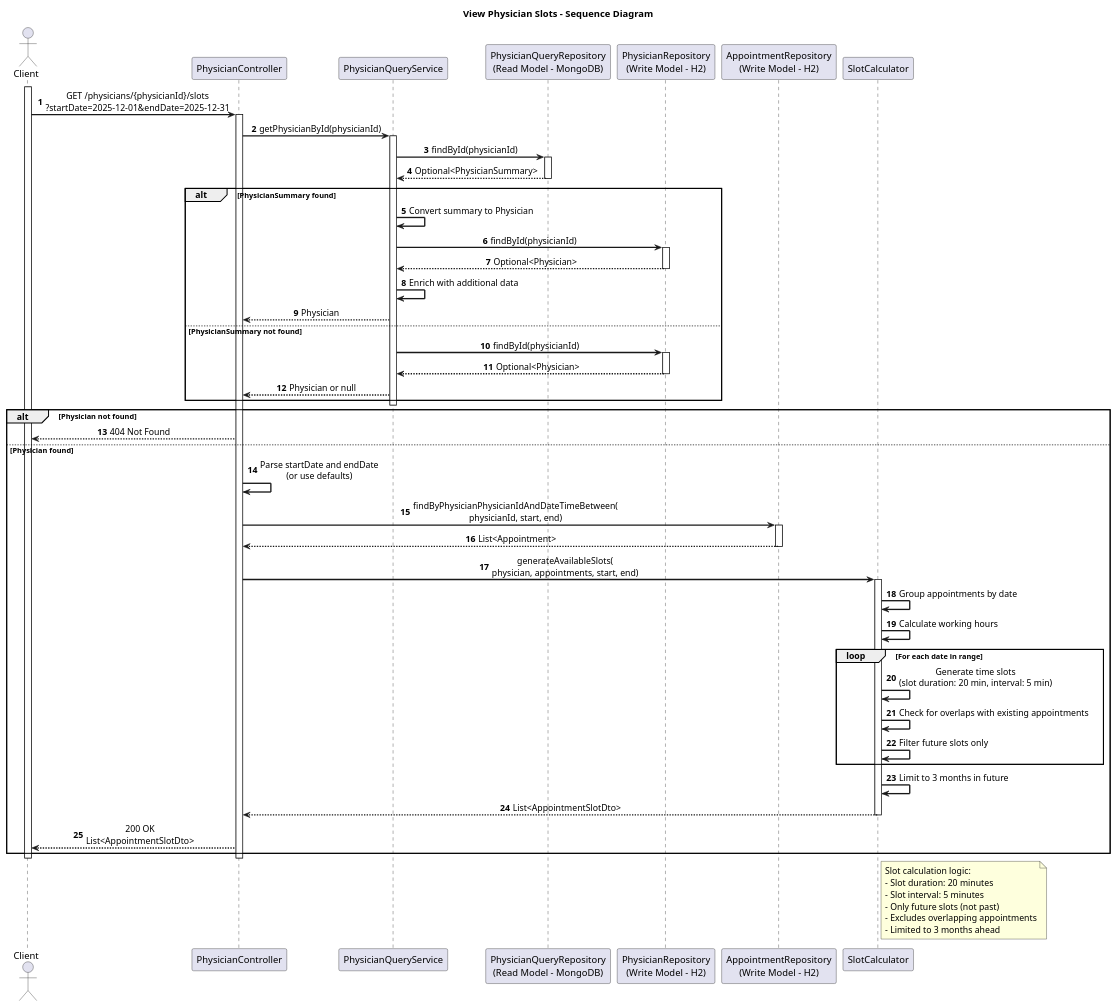
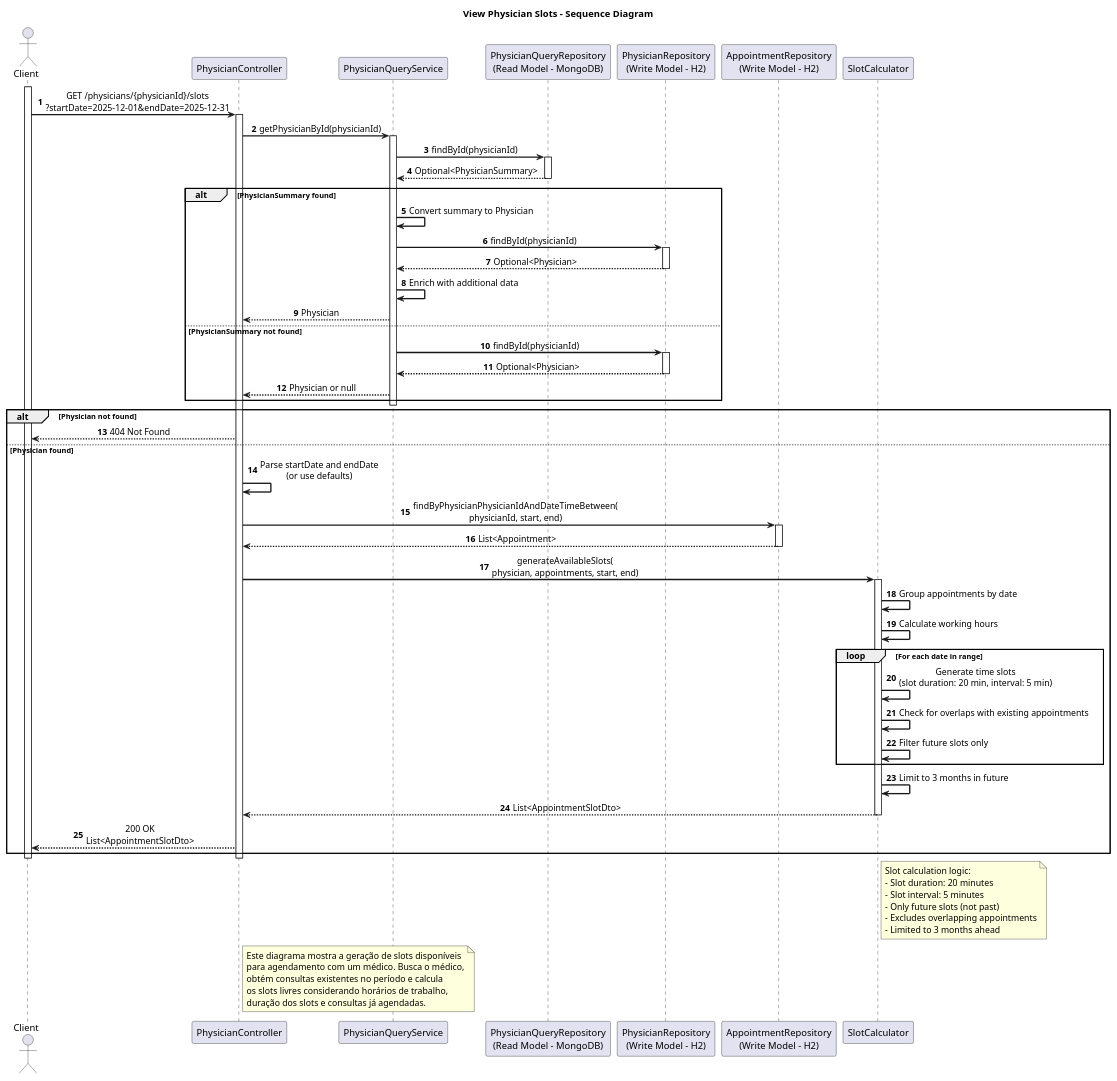
One commit to pedrods05/LETI_SIDIS_3DA_6 changed the diagram in DOCS2/C4+1/ViewSlotsPhysician-Sequence.puml. Above: the diagram before and after it, drawn with PlantUML. The commit also changed 11 other files, not shown here.

```diff
--- a/DOCS2/C4+1/ViewSlotsPhysician-Sequence.puml
+++ b/DOCS2/C4+1/ViewSlotsPhysician-Sequence.puml
@@ -1,90 +1,98 @@
 @startuml ViewSlotsPhysician-Sequence
 skinparam backgroundColor #FFFFFF
 skinparam sequenceMessageAlign center
 skinparam sequenceArrowThickness 2
 
 title View Physician Slots - Sequence Diagram
 
 actor Client
 participant "PhysicianController" as Controller
 participant "PhysicianQueryService" as QueryService
 participant "PhysicianQueryRepository\n(Read Model - MongoDB)" as ReadRepo
 participant "PhysicianRepository\n(Write Model - H2)" as WriteRepo
 participant "AppointmentRepository\n(Write Model - H2)" as AppointmentRepo
 participant "SlotCalculator" as Calculator
 
 autonumber
 activate Client
 Client -> Controller: GET /physicians/{physicianId}/slots\n?startDate=2025-12-01&endDate=2025-12-31
 activate Controller
 
 Controller -> QueryService: getPhysicianById(physicianId)
 activate QueryService
 
 QueryService -> ReadRepo: findById(physicianId)
 activate ReadRepo
 ReadRepo --> QueryService: Optional<PhysicianSummary>
 deactivate ReadRepo
 
 alt PhysicianSummary found
     QueryService -> QueryService: Convert summary to Physician
     QueryService -> WriteRepo: findById(physicianId)
     activate WriteRepo
     WriteRepo --> QueryService: Optional<Physician>
     deactivate WriteRepo
 
     QueryService -> QueryService: Enrich with additional data
     QueryService --> Controller: Physician
 else PhysicianSummary not found
     QueryService -> WriteRepo: findById(physicianId)
     activate WriteRepo
     WriteRepo --> QueryService: Optional<Physician>
     deactivate WriteRepo
 
     QueryService --> Controller: Physician or null
 end
 
 deactivate QueryService
 
 alt Physician not found
     Controller --> Client: 404 Not Found
 else Physician found
     Controller -> Controller: Parse startDate and endDate\n(or use defaults)
 
     Controller -> AppointmentRepo: findByPhysicianPhysicianIdAndDateTimeBetween(\nphysicianId, start, end)
     activate AppointmentRepo
     AppointmentRepo --> Controller: List<Appointment>
     deactivate AppointmentRepo
 
     Controller -> Calculator: generateAvailableSlots(\nphysician, appointments, start, end)
     activate Calculator
 
     Calculator -> Calculator: Group appointments by date
     Calculator -> Calculator: Calculate working hours
 
     loop For each date in range
         Calculator -> Calculator: Generate time slots\n(slot duration: 20 min, interval: 5 min)
         Calculator -> Calculator: Check for overlaps with existing appointments
         Calculator -> Calculator: Filter future slots only
     end
 
     Calculator -> Calculator: Limit to 3 months in future
     Calculator --> Controller: List<AppointmentSlotDto>
     deactivate Calculator
 
     Controller --> Client: 200 OK\nList<AppointmentSlotDto>
 end
 
 deactivate Controller
 deactivate Client
 
 note right of Calculator
   Slot calculation logic:
   - Slot duration: 20 minutes
   - Slot interval: 5 minutes
   - Only future slots (not past)
   - Excludes overlapping appointments
   - Limited to 3 months ahead
 end note
 
+note right of Controller
+  Este diagrama mostra a geração de slots disponíveis
+  para agendamento com um médico. Busca o médico,
+  obtém consultas existentes no período e calcula
+  os slots livres considerando horários de trabalho,
+  duração dos slots e consultas já agendadas.
+end note
+
 @enduml
```
